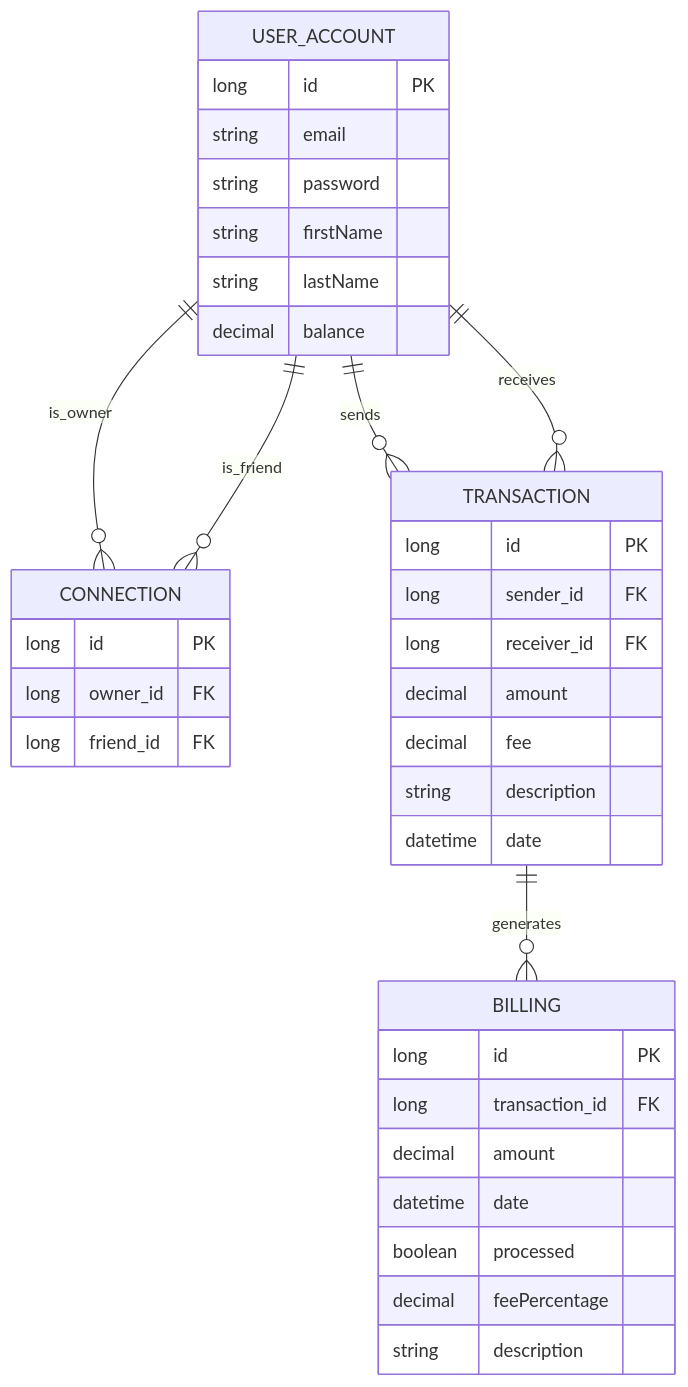
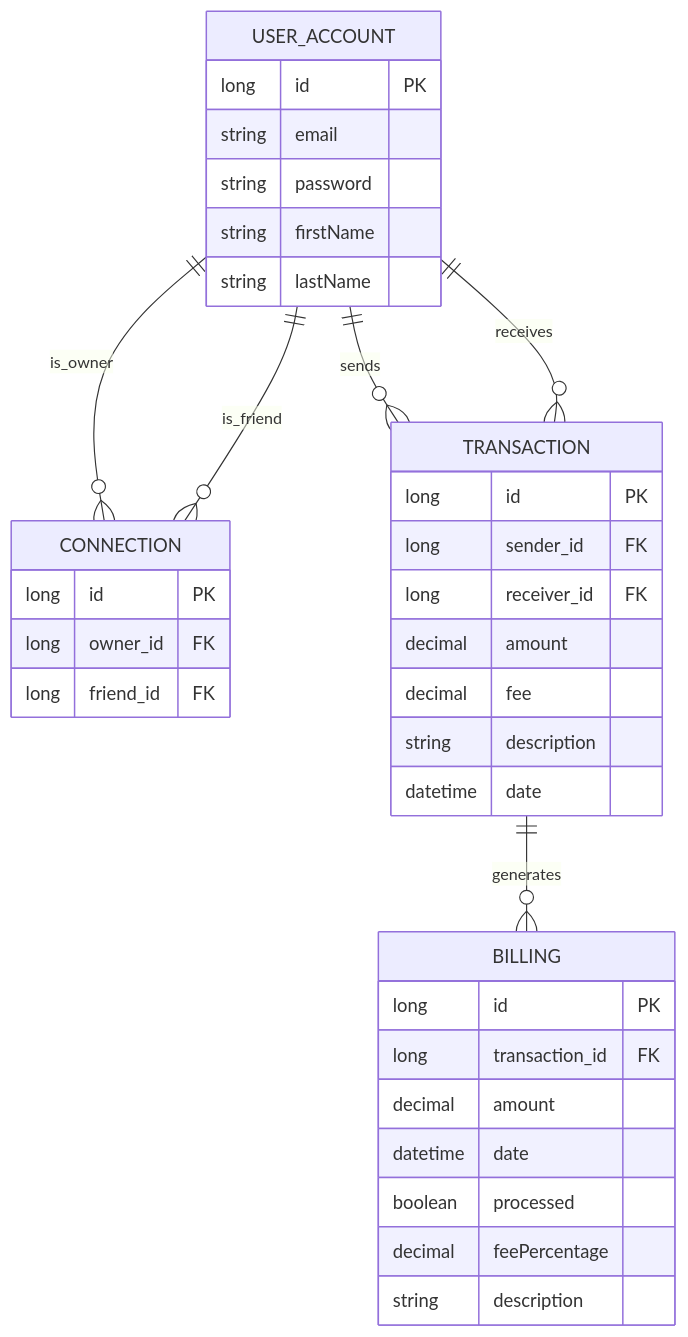
The diagram in README.md (Ephyrass/PayMyBuddy), drawn with Mermaid before and after one commit. The commit also changed 20 other files, not shown here.

````diff
--- a/README.md
+++ b/README.md
@@ -6,43 +6,42 @@
 ```mermaid
 erDiagram
     USER_ACCOUNT {
         long id PK
         string email
         string password
         string firstName
         string lastName
-        decimal balance
     }
     
     CONNECTION {
         long id PK
         long owner_id FK
         long friend_id FK
     }
     
     TRANSACTION {
         long id PK
         long sender_id FK
         long receiver_id FK
         decimal amount
         decimal fee
         string description
         datetime date
     }
     
     BILLING {
         long id PK
         long transaction_id FK
         decimal amount
         datetime date
         boolean processed
         decimal feePercentage
         string description
     }
     
     USER_ACCOUNT ||--o{ CONNECTION : is_owner
     USER_ACCOUNT ||--o{ CONNECTION : is_friend
     USER_ACCOUNT ||--o{ TRANSACTION : sends
     USER_ACCOUNT ||--o{ TRANSACTION : receives
     TRANSACTION ||--o{ BILLING : generates
 ```
````
